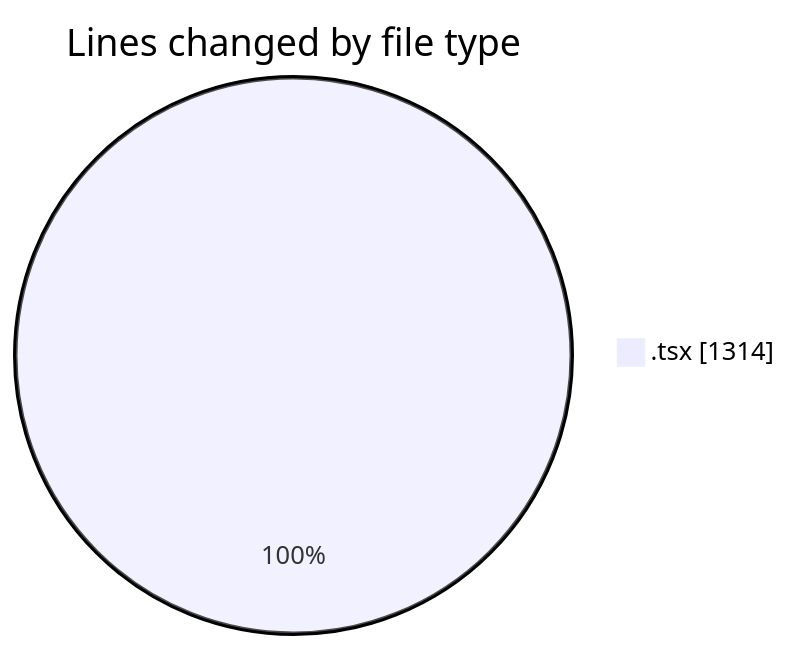
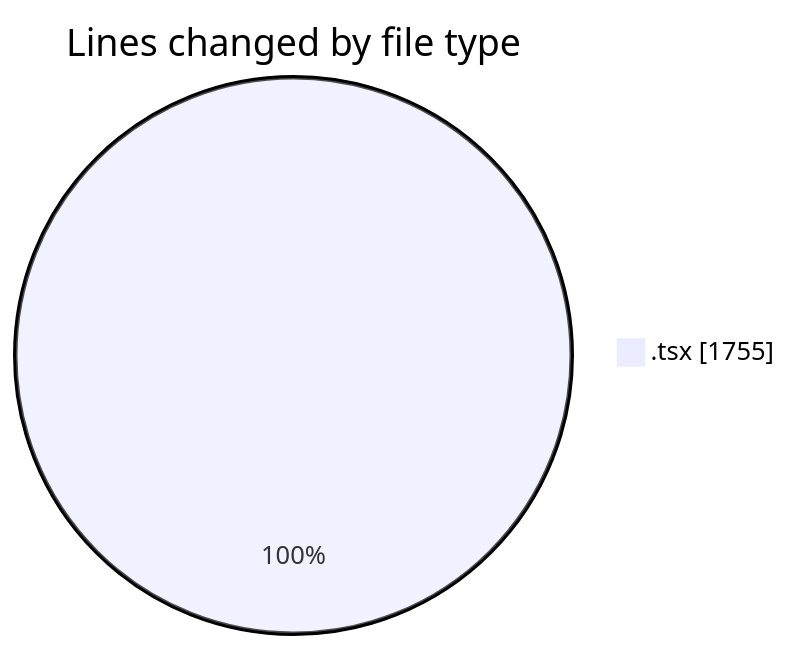
One commit to momahboobian/code-tracking changed the first of 2 diagrams in 2026-08-06/cda/README.md. Above: the diagram before and after it, drawn with Mermaid. The commit also changed other lines of this file and 1 other file, not shown here.

````diff
--- a/2026-08-06/cda/README.md
+++ b/2026-08-06/cda/README.md
@@ -24,5 +25,5 @@
 ```mermaid
 pie showData
 title Lines changed by file type
-".tsx" : 1314
+".tsx" : 1755
 ```
````
